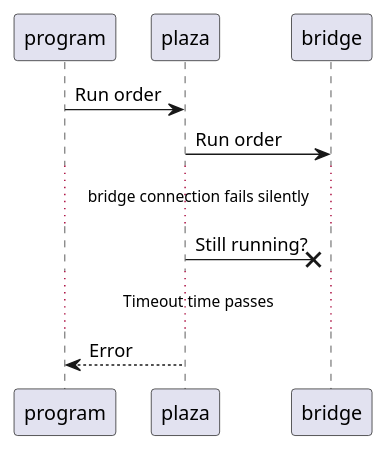
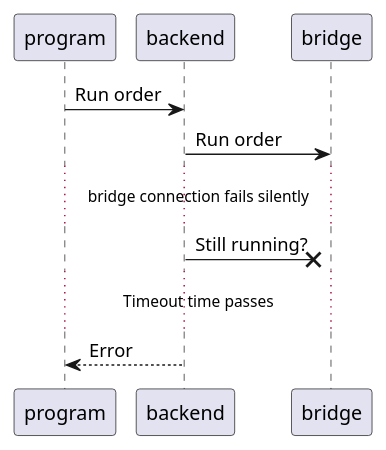
The fourth of 7 diagrams in docs/communications/sequence/bridges.puml (programaker-project/Programaker-Core), drawn with PlantUML before and after one commit. The commit also changed other lines of this file and 42 other files, not shown here.

```diff
--- a/docs/communications/sequence/bridges.puml
+++ b/docs/communications/sequence/bridges.puml
@@ -43,12 +43,12 @@
 @startuml error-on-connection-to-bridge.png
 participant program
-participant plaza
+participant backend
 participant bridge
 
-program -> plaza: Run order
-plaza -> bridge: Run order
+program -> backend: Run order
+backend -> bridge: Run order
 ... bridge connection fails silently ...
-plaza -X bridge: Still running?
+backend -X bridge: Still running?
 ... Timeout time passes ...
-program <-- plaza: Error
+program <-- backend: Error
 @enduml
```
